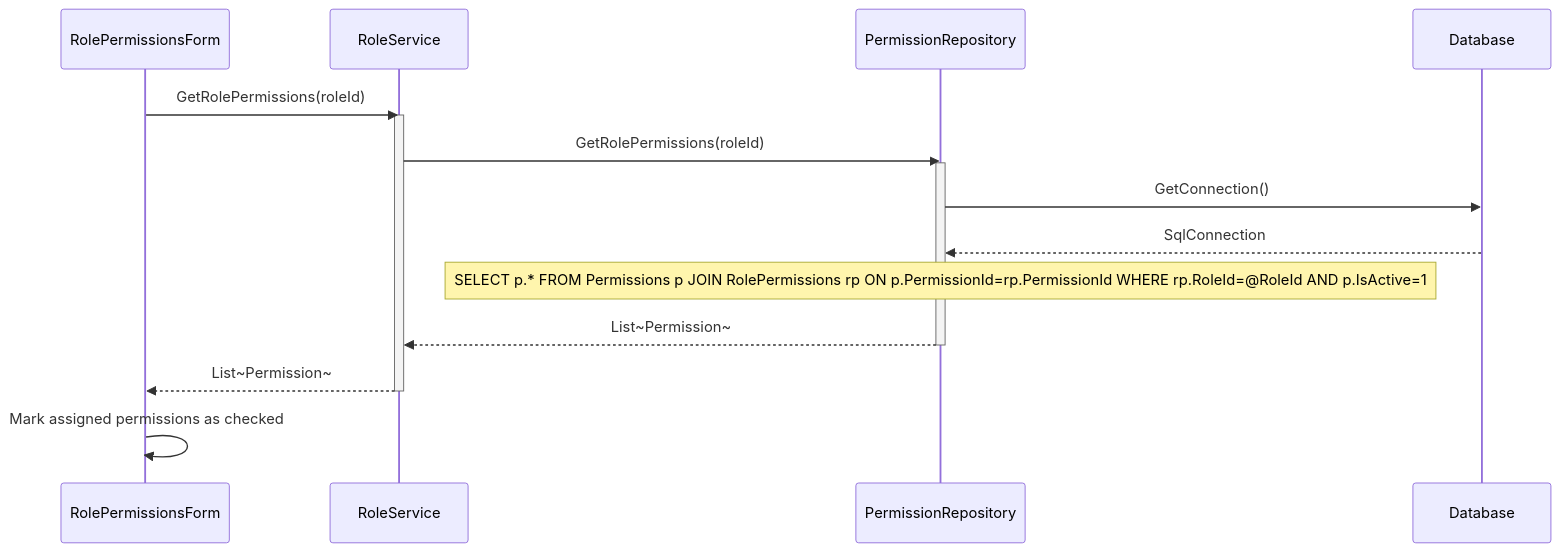
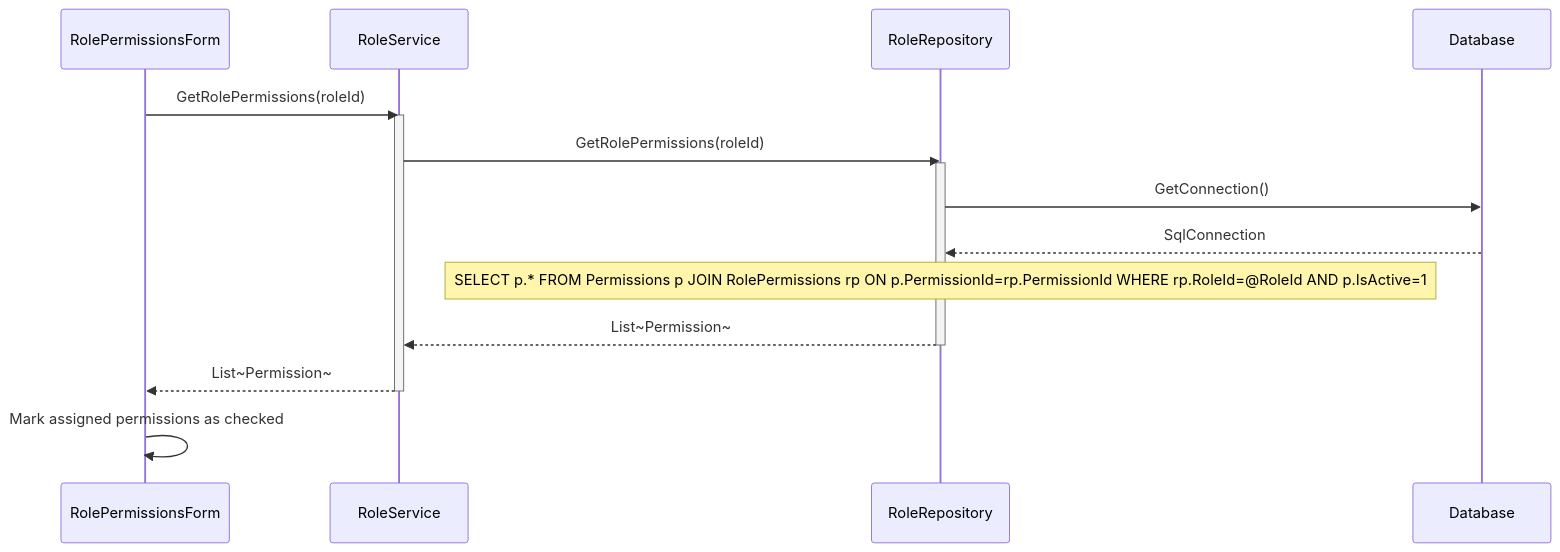
Before and after one commit to nahuk86/tp_diploma_nk_2026: the eighth of 14 diagrams in Documentation/UML_Diagrams/12_Role_Permissions_Process_Sequence_Diagram.md, drawn with Mermaid. The commit also changed other lines of this file and 4 other files, not shown here.

Commit message:
Update UML diagrams 08-12 to reflect actual implementation

````diff
--- a/Documentation/UML_Diagrams/12_Role_Permissions_Process_Sequence_Diagram.md
+++ b/Documentation/UML_Diagrams/12_Role_Permissions_Process_Sequence_Diagram.md
@@ -260,20 +260,20 @@
 ```mermaid
 sequenceDiagram
     participant UI as RolePermissionsForm
     participant BLL as RoleService
-    participant REPO as PermissionRepository
+    participant REPO as RoleRepository
     participant DB as Database
 
     UI->>BLL: GetRolePermissions(roleId)
     activate BLL
     BLL->>REPO: GetRolePermissions(roleId)
     activate REPO
     REPO->>DB: GetConnection()
     DB-->>REPO: SqlConnection
     Note over REPO: SELECT p.* FROM Permissions p JOIN RolePermissions rp ON p.PermissionId=rp.PermissionId WHERE rp.RoleId=@RoleId AND p.IsActive=1
     REPO-->>BLL: List~Permission~
     deactivate REPO
     BLL-->>UI: List~Permission~
     deactivate BLL
     UI->>UI: Mark assigned permissions as checked
 ```
````
